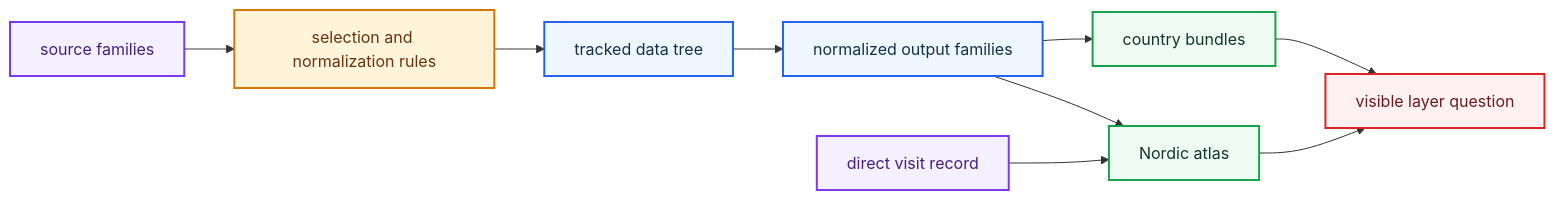
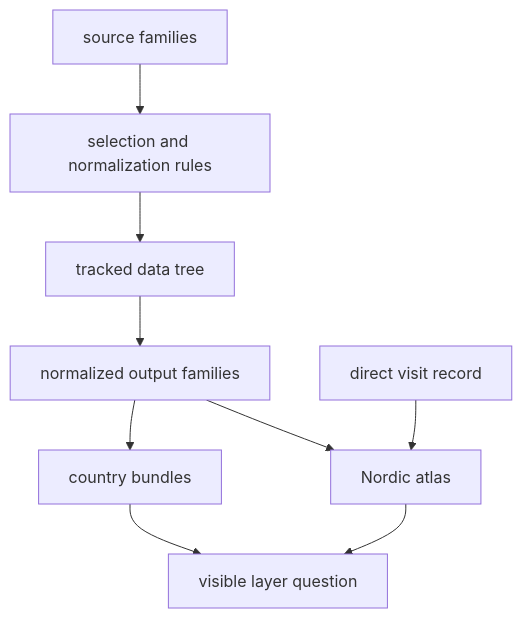
One commit to bijux/bijux-pollenomics changed the diagram in docs/02-bijux-pollenomics-data/index.md. Above: the diagram before and after it, drawn with Mermaid. The commit also changed other lines of this file, not shown here.

Commit message:
docs(data): show evidence route

````diff
--- a/docs/02-bijux-pollenomics-data/index.md
+++ b/docs/02-bijux-pollenomics-data/index.md
@@ -27,23 +27,20 @@
 ```mermaid
-flowchart LR
-    Sources["source families"] --> Rules["selection and normalization rules"]
-    Rules --> Tree["tracked data tree"]
-    Tree --> Outputs["normalized output families"]
-    Outputs --> Reports["country bundles"]
-    Outputs --> Atlas["Nordic atlas"]
-    Fieldwork["direct visit record"] --> Atlas
-    Atlas --> Reader["visible layer question"]
-    Reports --> Reader
+flowchart TB
+    sources["source families"]
+    rules["selection and normalization rules"]
+    tree["tracked data tree"]
+    outputs["normalized output families"]
+    reports["country bundles"]
+    atlas["Nordic atlas"]
+    fieldwork["direct visit record"]
+    reader["visible layer question"]
 
-    class Sources,Fieldwork anchor;
-    class Rules action;
-    class Tree,Outputs page;
-    class Reports,Atlas positive;
-    class Reader caution;
-
-    classDef page fill:#eef6ff,stroke:#2563eb,color:#153145,stroke-width:2px;
-    classDef positive fill:#eefbf3,stroke:#16a34a,color:#173622,stroke-width:2px;
-    classDef caution fill:#fff1f2,stroke:#dc2626,color:#6b1d1d,stroke-width:2px;
-    classDef anchor fill:#f4f0ff,stroke:#7c3aed,color:#47207f,stroke-width:2px;
-    classDef action fill:#fff4da,stroke:#d97706,color:#6b3410,stroke-width:2px;
+    sources --> rules
+    rules --> tree
+    tree --> outputs
+    outputs --> reports
+    outputs --> atlas
+    fieldwork --> atlas
+    atlas --> reader
+    reports --> reader
 ```
````
